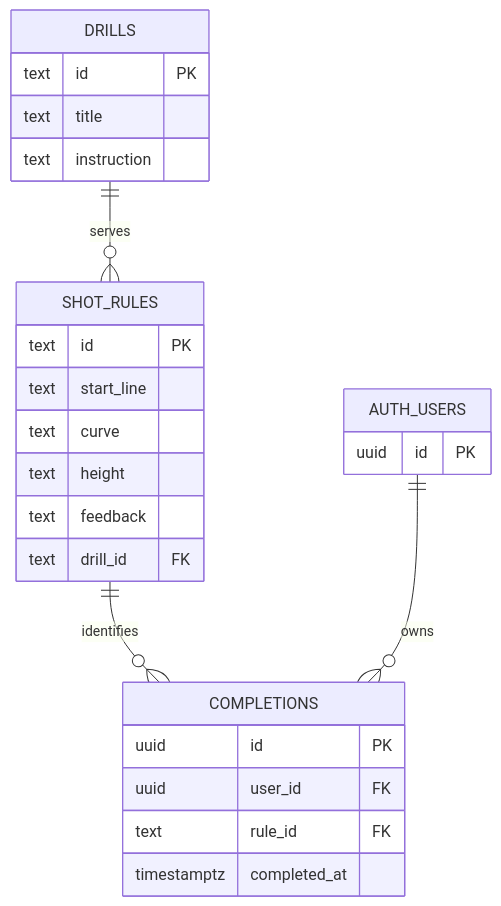
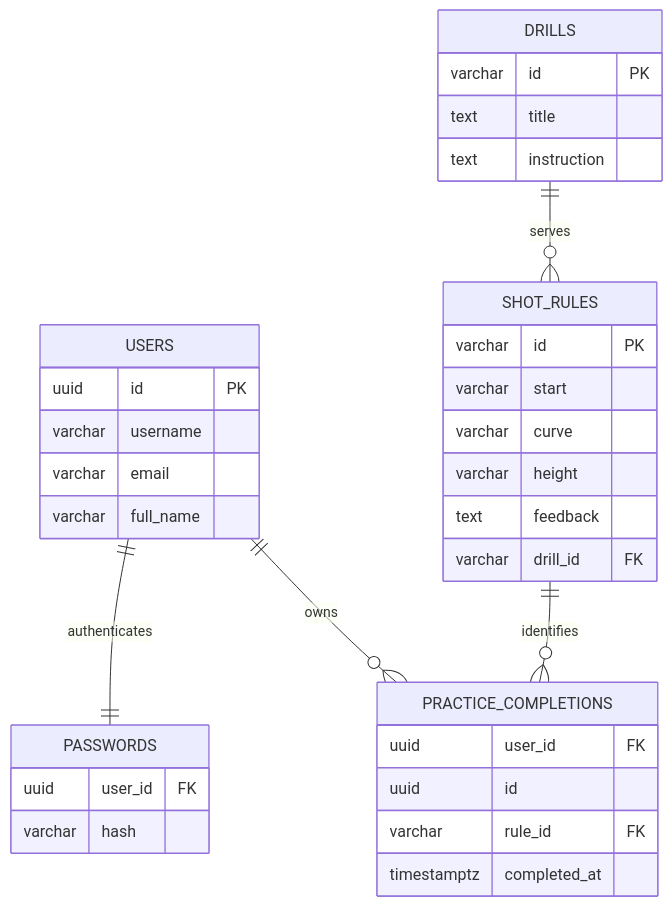
The second of 2 diagrams in README.md (CakraSera/prototype-golf), drawn with Mermaid before and after one commit. The commit also changed other lines of this file and 39 other files, not shown here.

First line of the commit message:
feat: implement authenticated golf practice flow

````diff
--- a/README.md
+++ b/README.md
@@ -89,28 +119,36 @@
 ```mermaid
 erDiagram
+    USERS ||--|| PASSWORDS : authenticates
+    USERS ||--o{ PRACTICE_COMPLETIONS : owns
     DRILLS ||--o{ SHOT_RULES : serves
-    SHOT_RULES ||--o{ COMPLETIONS : identifies
-    AUTH_USERS ||--o{ COMPLETIONS : owns
+    SHOT_RULES ||--o{ PRACTICE_COMPLETIONS : identifies
+    USERS {
+        uuid id PK
+        varchar username
+        varchar email
+        varchar full_name
+    }
+    PASSWORDS {
+        uuid user_id FK
+        varchar hash
+    }
     DRILLS {
-        text id PK
+        varchar id PK
         text title
         text instruction
     }
     SHOT_RULES {
-        text id PK
-        text start_line
-        text curve
-        text height
+        varchar id PK
+        varchar start
+        varchar curve
+        varchar height
         text feedback
-        text drill_id FK
+        varchar drill_id FK
     }
-    COMPLETIONS {
-        uuid id PK
+    PRACTICE_COMPLETIONS {
         uuid user_id FK
-        text rule_id FK
+        uuid id
+        varchar rule_id FK
         timestamptz completed_at
     }
-    AUTH_USERS {
-        uuid id PK
-    }
 ```
````
